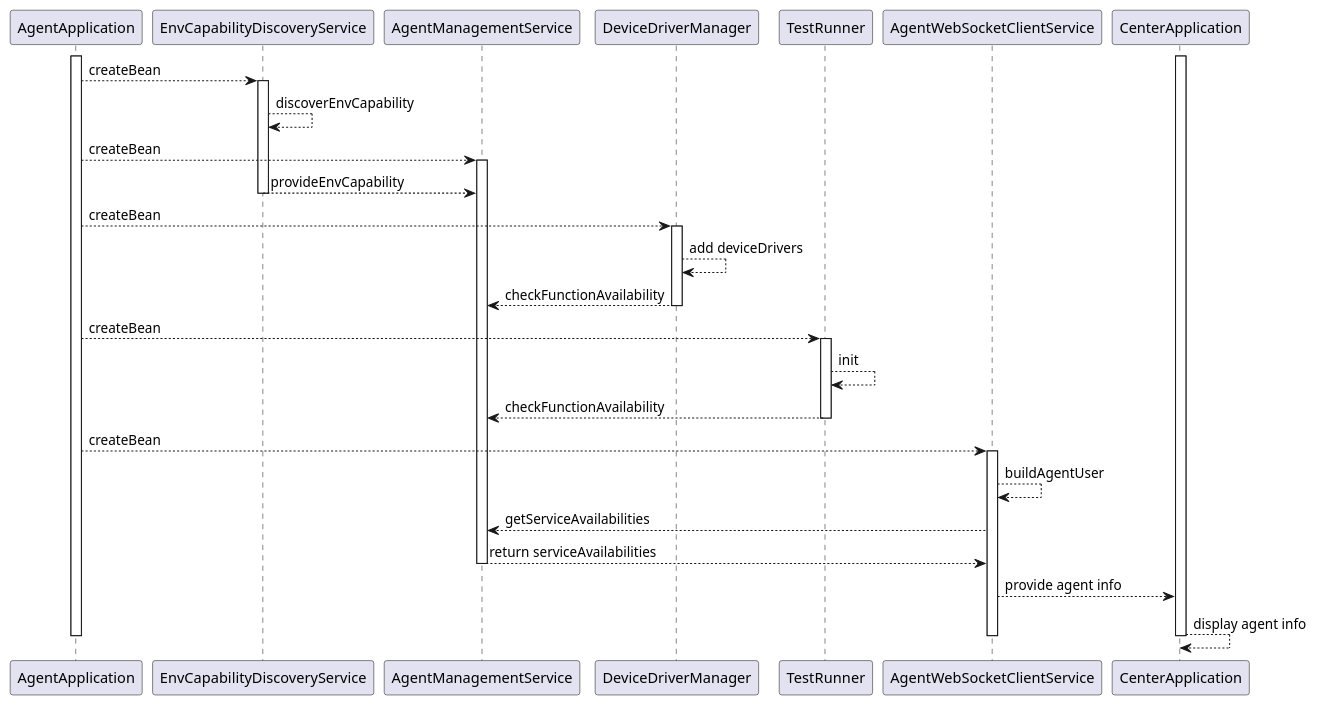
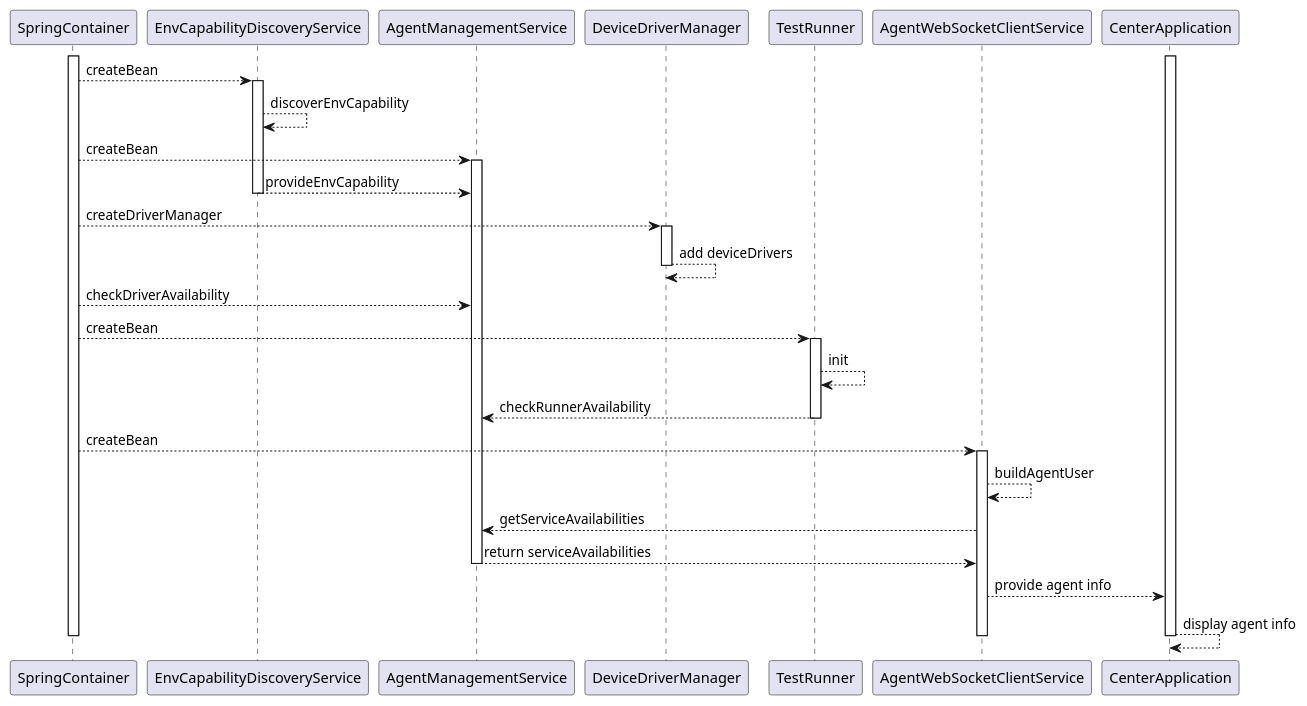
One commit to microsoft/HydraLab changed the fourth of 4 diagrams in agent/doc/UML/agent_device_management_design.puml. Above: the diagram before and after it, drawn with PlantUML. The commit also changed other lines of this file and 2 other files, not shown here.

```diff
--- a/agent/doc/UML/agent_device_management_design.puml
+++ b/agent/doc/UML/agent_device_management_design.puml
@@ -203,40 +203,41 @@
 @startuml agent_capability_design_sequence
-participant AgentApplication
+participant SpringContainer
 participant EnvCapabilityDiscoveryService
 participant AgentManagementService
 participant DeviceDriverManager
 participant TestRunner
 participant AgentWebSocketClientService
 participant CenterApplication
 
-activate AgentApplication
+activate SpringContainer
 activate CenterApplication
-AgentApplication --> EnvCapabilityDiscoveryService : createBean
+SpringContainer --> EnvCapabilityDiscoveryService : createBean
 activate EnvCapabilityDiscoveryService
 EnvCapabilityDiscoveryService --> EnvCapabilityDiscoveryService : discoverEnvCapability
-AgentApplication --> AgentManagementService : createBean
+SpringContainer --> AgentManagementService : createBean
 activate AgentManagementService
 EnvCapabilityDiscoveryService --> AgentManagementService : provideEnvCapability
 deactivate EnvCapabilityDiscoveryService
-AgentApplication --> DeviceDriverManager : createBean
+SpringContainer --> DeviceDriverManager : createDriverManager
 activate DeviceDriverManager
 DeviceDriverManager --> DeviceDriverManager : add deviceDrivers
-DeviceDriverManager --> AgentManagementService : checkFunctionAvailability
 deactivate DeviceDriverManager
-AgentApplication --> TestRunner : createBean
+SpringContainer --> AgentManagementService : checkDriverAvailability
+
+SpringContainer --> TestRunner : createBean
 activate TestRunner
 TestRunner --> TestRunner : init
-TestRunner --> AgentManagementService : checkFunctionAvailability
+TestRunner --> AgentManagementService : checkRunnerAvailability
 deactivate TestRunner
-AgentApplication --> AgentWebSocketClientService : createBean
+SpringContainer --> AgentWebSocketClientService : createBean
 activate AgentWebSocketClientService
 AgentWebSocketClientService --> AgentWebSocketClientService : buildAgentUser
 AgentWebSocketClientService --> AgentManagementService : getServiceAvailabilities
 AgentManagementService --> AgentWebSocketClientService : return serviceAvailabilities
 deactivate AgentManagementService
 AgentWebSocketClientService --> CenterApplication : provide agent info
 CenterApplication --> CenterApplication : display agent info
 deactivate CenterApplication
 deactivate AgentWebSocketClientService
-deactivate AgentApplication
+deactivate SpringContainer
 @enduml
```
